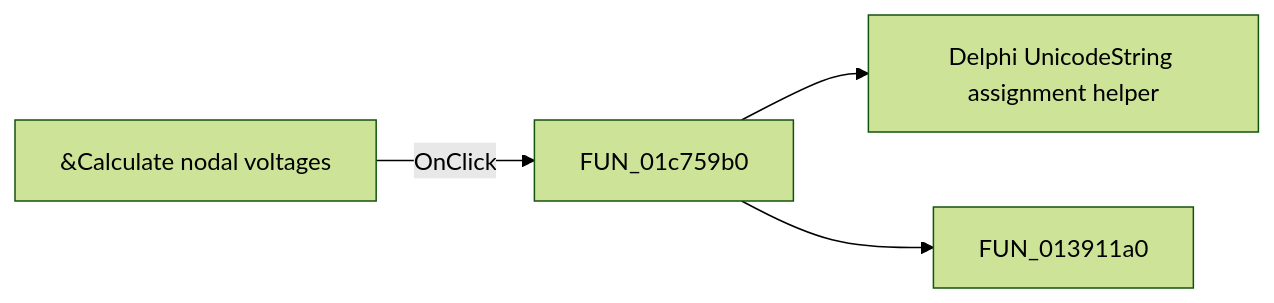
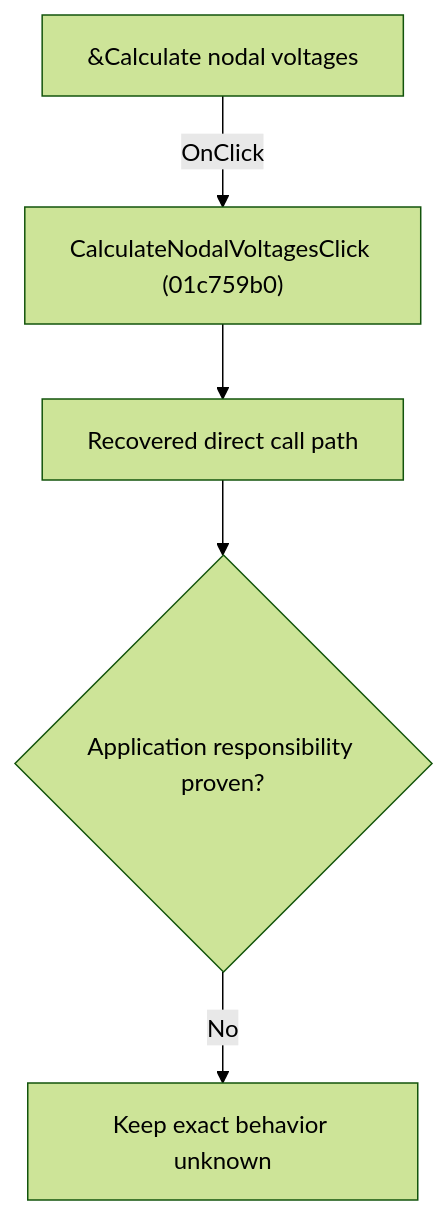
The diagram in docs/ui-controls/schematiceditor/calculatenodalvoltages-54ace05a5f.md (MovGP0/TIARA), drawn with Mermaid (forest theme) before and after one commit. The commit also changed other lines of this file and 1062 other files, not shown here.

````diff
--- a/docs/ui-controls/schematiceditor/calculatenodalvoltages-54ace05a5f.md
+++ b/docs/ui-controls/schematiceditor/calculatenodalvoltages-54ace05a5f.md
@@ -27,6 +27,7 @@
 ```mermaid
-flowchart LR
-    control["&Calculate nodal voltages"] -->|OnClick| handler["FUN_01c759b0"]
-    handler --> call1["Delphi UnicodeString assignment helper"]
-    handler --> call2["FUN_013911a0"]
+flowchart TD
+    control["&Calculate nodal voltages"] -->|"OnClick"| handler["CalculateNodalVoltagesClick (01c759b0)"]
+    handler --> recovered["Recovered direct call path"]
+    recovered --> gap{"Application responsibility proven?"}
+    gap -->|"No"| blocked["Keep exact behavior unknown"]
 ```
````
